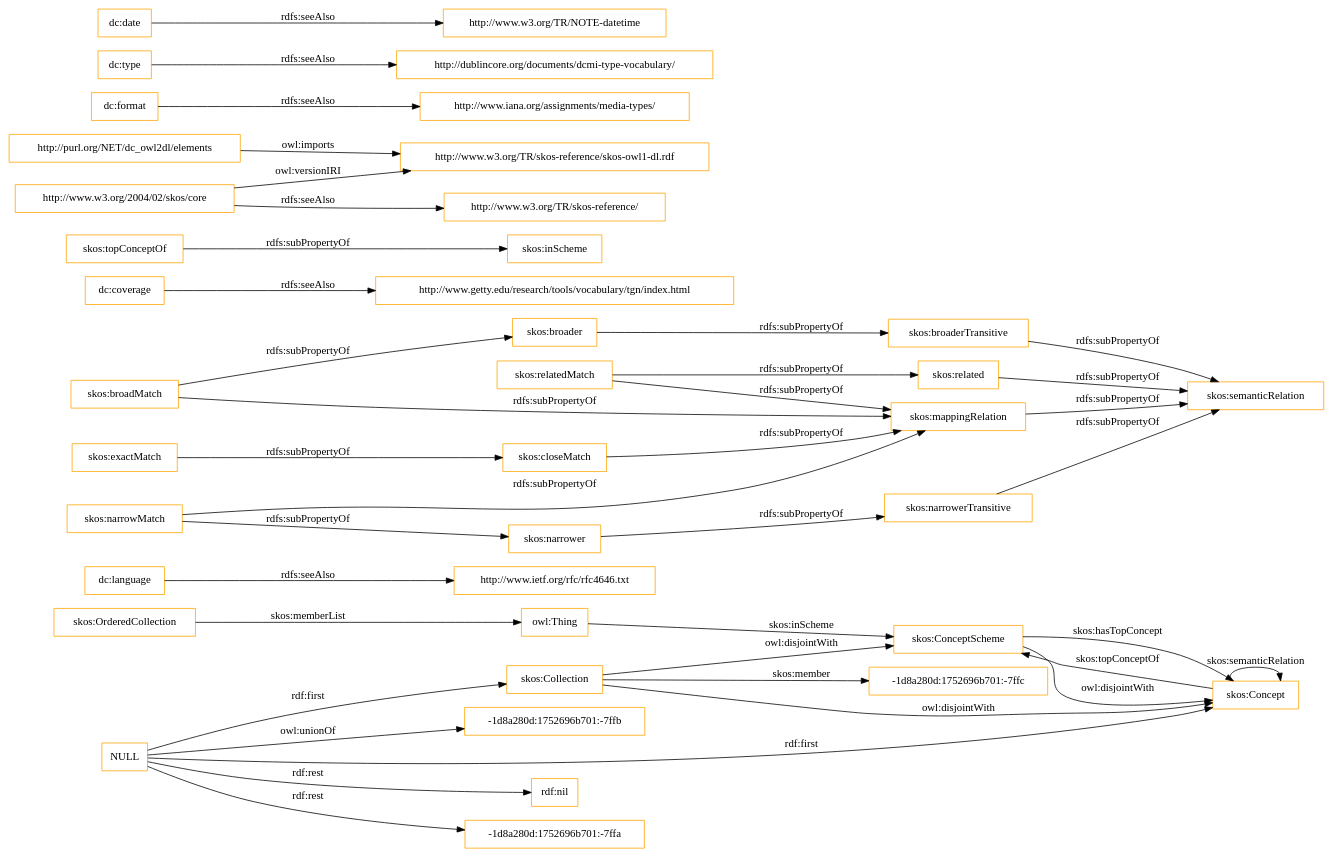
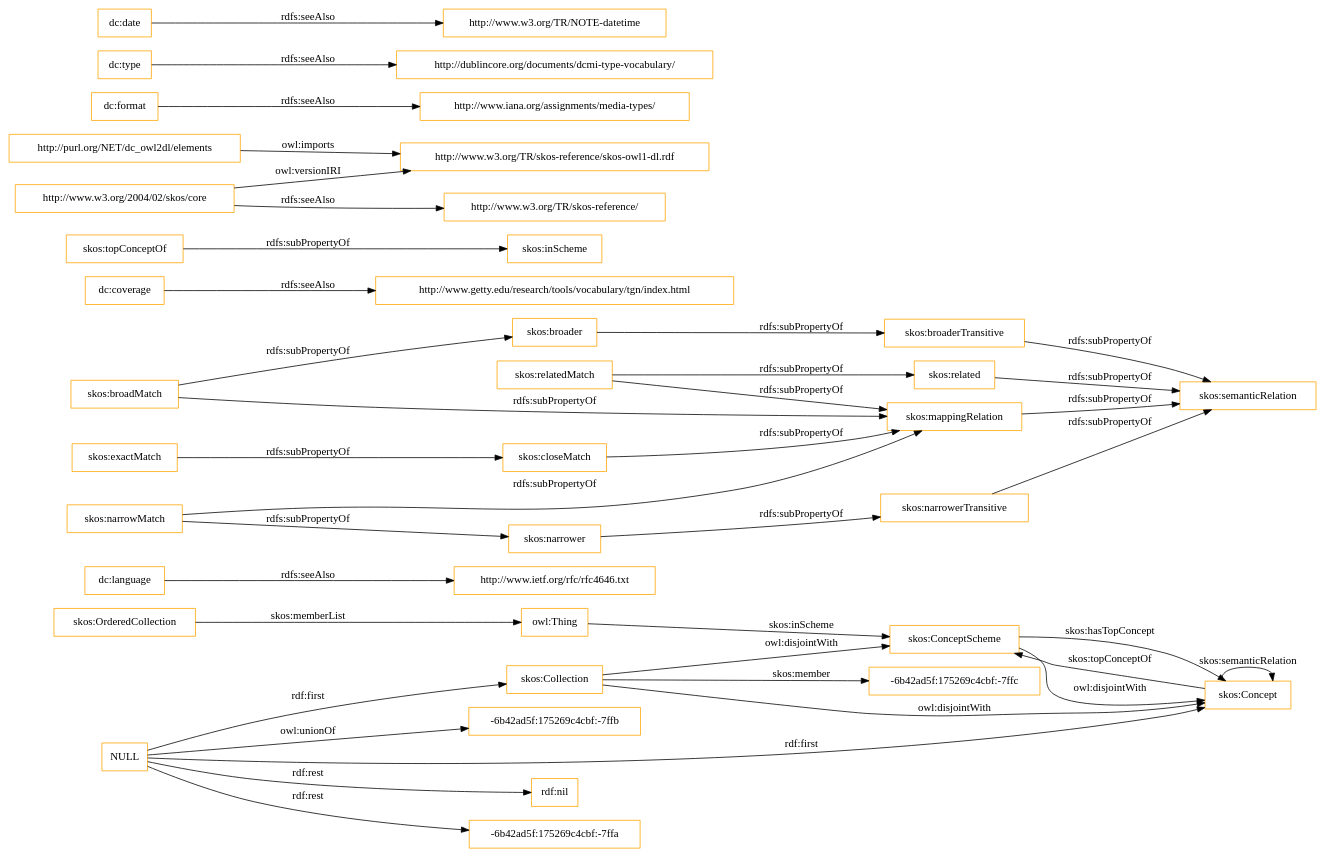
Before and after one commit to OnToologyUser/core-ontology-1: the diagram in OnToology/imports/elements.owl/diagrams/ar2dtool-class/elements.owl.png.dot, drawn with Graphviz. The commit also changed 14 other files, not shown here.

```diff
--- a/OnToology/imports/elements.owl/diagrams/ar2dtool-class/elements.owl.png.dot
+++ b/OnToology/imports/elements.owl/diagrams/ar2dtool-class/elements.owl.png.dot
@@ -1,43 +1,43 @@
 digraph ar2dtool_diagram { 
 rankdir=LR;
 size="1501"
-node [shape = rectangle, color="orange"]; "-1d8a280d:1752696b701:-7ffc" "skos:OrderedCollection" "skos:Collection" "skos:ConceptScheme" "skos:Concept" ; /*classes style*/
+node [shape = rectangle, color="orange"]; "-6b42ad5f:175269c4cbf:-7ffc" "skos:OrderedCollection" "skos:Collection" "skos:ConceptScheme" "skos:Concept" ; /*classes style*/
 	"dc:language" -> "http://www.ietf.org/rfc/rfc4646.txt" [ label = "rdfs:seeAlso" ];
 	"NULL" -> "rdf:nil" [ label = "rdf:rest" ];
 	"NULL" -> "skos:Collection" [ label = "rdf:first" ];
-	"NULL" -> "-1d8a280d:1752696b701:-7ffa" [ label = "rdf:rest" ];
+	"NULL" -> "-6b42ad5f:175269c4cbf:-7ffa" [ label = "rdf:rest" ];
 	"NULL" -> "skos:Concept" [ label = "rdf:first" ];
-	"NULL" -> "-1d8a280d:1752696b701:-7ffb" [ label = "owl:unionOf" ];
+	"NULL" -> "-6b42ad5f:175269c4cbf:-7ffb" [ label = "owl:unionOf" ];
 	"skos:closeMatch" -> "skos:mappingRelation" [ label = "rdfs:subPropertyOf" ];
 	"dc:coverage" -> "http://www.getty.edu/research/tools/vocabulary/tgn/index.html" [ label = "rdfs:seeAlso" ];
 	"skos:relatedMatch" -> "skos:related" [ label = "rdfs:subPropertyOf" ];
 	"skos:relatedMatch" -> "skos:mappingRelation" [ label = "rdfs:subPropertyOf" ];
 	"skos:ConceptScheme" -> "skos:Concept" [ label = "owl:disjointWith" ];
 	"skos:related" -> "skos:semanticRelation" [ label = "rdfs:subPropertyOf" ];
 	"skos:topConceptOf" -> "skos:inScheme" [ label = "rdfs:subPropertyOf" ];
 	"skos:broadMatch" -> "skos:broader" [ label = "rdfs:subPropertyOf" ];
 	"skos:broadMatch" -> "skos:mappingRelation" [ label = "rdfs:subPropertyOf" ];
 	"http://purl.org/NET/dc_owl2dl/elements" -> "http://www.w3.org/TR/skos-reference/skos-owl1-dl.rdf" [ label = "owl:imports" ];
 	"skos:exactMatch" -> "skos:closeMatch" [ label = "rdfs:subPropertyOf" ];
 	"dc:format" -> "http://www.iana.org/assignments/media-types/" [ label = "rdfs:seeAlso" ];
 	"skos:broaderTransitive" -> "skos:semanticRelation" [ label = "rdfs:subPropertyOf" ];
 	"dc:type" -> "http://dublincore.org/documents/dcmi-type-vocabulary/" [ label = "rdfs:seeAlso" ];
 	"skos:broader" -> "skos:broaderTransitive" [ label = "rdfs:subPropertyOf" ];
 	"skos:mappingRelation" -> "skos:semanticRelation" [ label = "rdfs:subPropertyOf" ];
 	"http://www.w3.org/2004/02/skos/core" -> "http://www.w3.org/TR/skos-reference/skos-owl1-dl.rdf" [ label = "owl:versionIRI" ];
 	"http://www.w3.org/2004/02/skos/core" -> "http://www.w3.org/TR/skos-reference/" [ label = "rdfs:seeAlso" ];
 	"skos:Collection" -> "skos:ConceptScheme" [ label = "owl:disjointWith" ];
 	"skos:Collection" -> "skos:Concept" [ label = "owl:disjointWith" ];
 	"skos:narrowMatch" -> "skos:narrower" [ label = "rdfs:subPropertyOf" ];
 	"skos:narrowMatch" -> "skos:mappingRelation" [ label = "rdfs:subPropertyOf" ];
 	"skos:narrower" -> "skos:narrowerTransitive" [ label = "rdfs:subPropertyOf" ];
 	"dc:date" -> "http://www.w3.org/TR/NOTE-datetime" [ label = "rdfs:seeAlso" ];
 	"skos:narrowerTransitive" -> "skos:semanticRelation" [ label = "rdfs:subPropertyOf" ];
 	"skos:OrderedCollection" -> "owl:Thing" [ label = "skos:memberList" ];
 	"skos:Concept" -> "skos:ConceptScheme" [ label = "skos:topConceptOf" ];
 	"skos:Concept" -> "skos:Concept" [ label = "skos:semanticRelation" ];
-	"skos:Collection" -> "-1d8a280d:1752696b701:-7ffc" [ label = "skos:member" ];
+	"skos:Collection" -> "-6b42ad5f:175269c4cbf:-7ffc" [ label = "skos:member" ];
 	"skos:ConceptScheme" -> "skos:Concept" [ label = "skos:hasTopConcept" ];
 	"owl:Thing" -> "skos:ConceptScheme" [ label = "skos:inScheme" ];
 
 }
```
